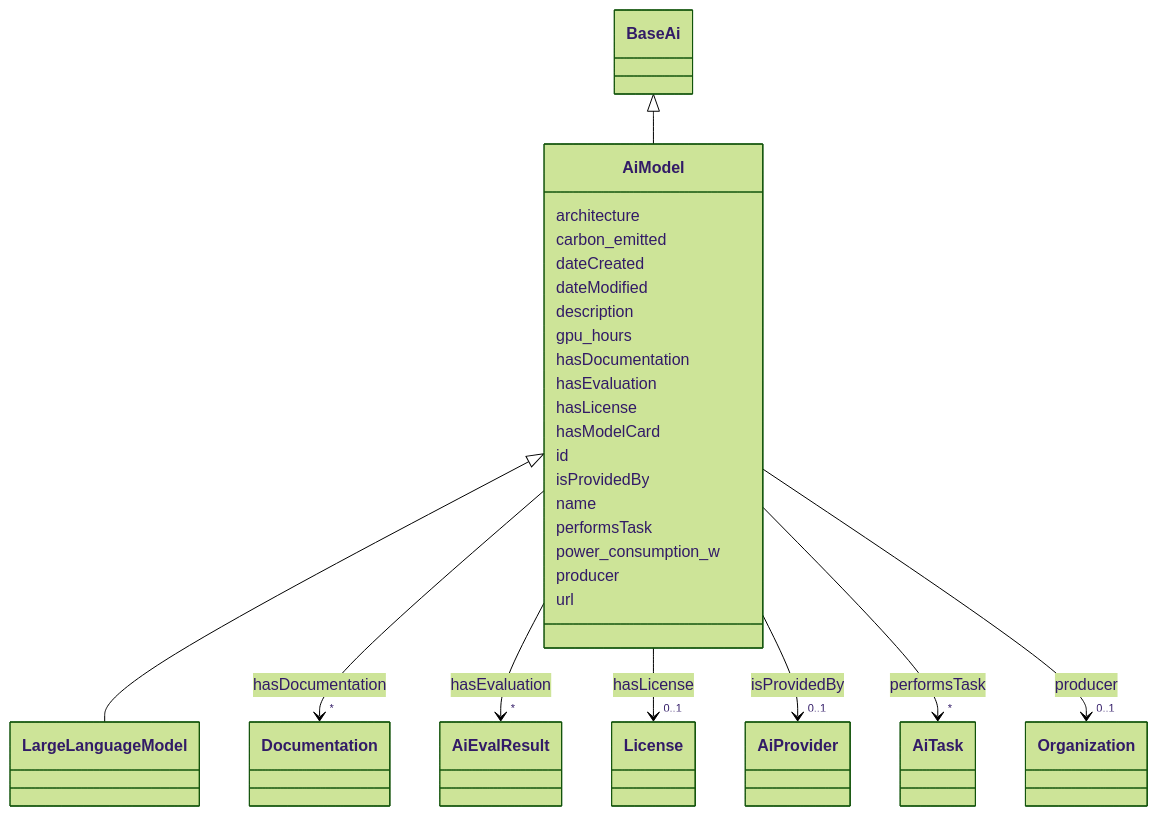
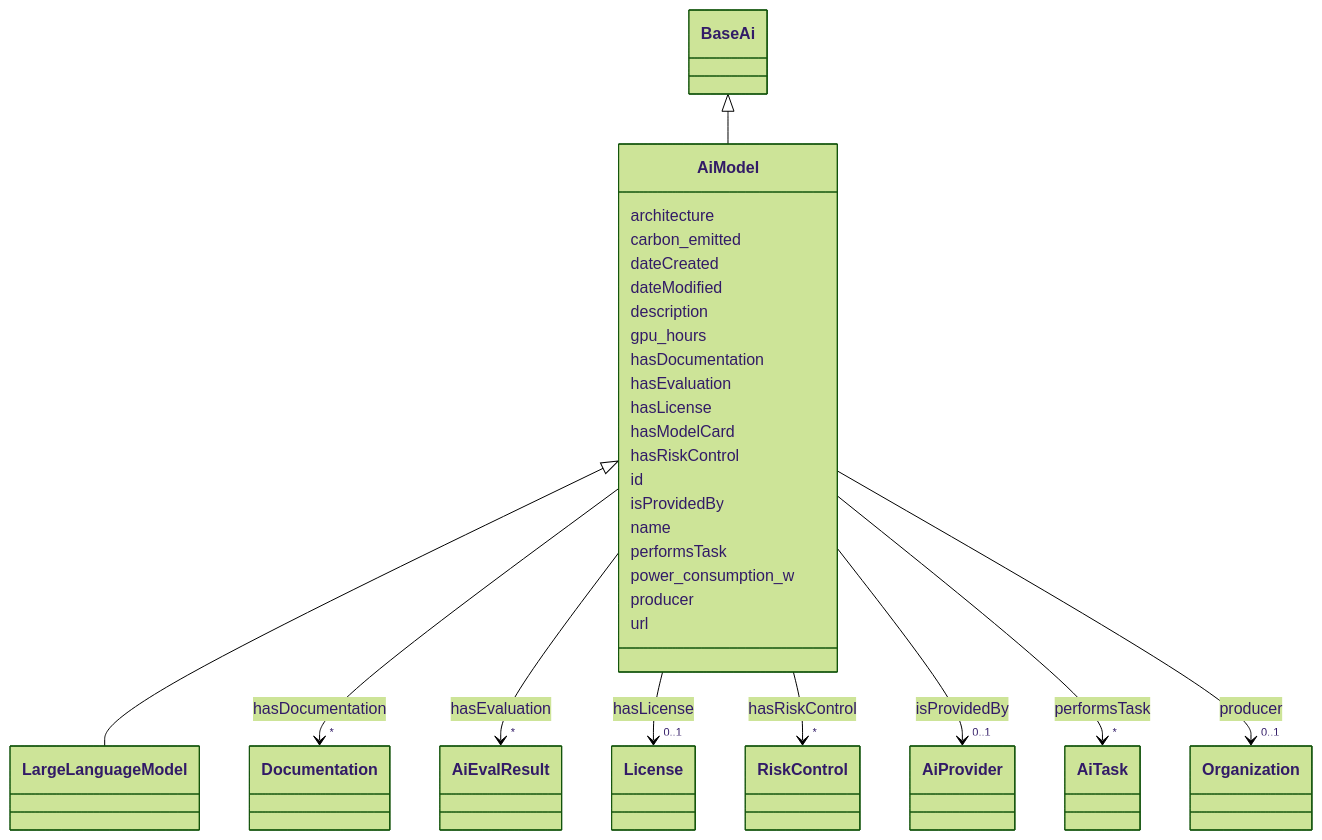
The diagram in docs/ontology/AiModel.md (zrlfba/risk-atlas-nexus), drawn with Mermaid (forest theme) before and after one commit. The commit also changed other lines of this file and 49 other files, not shown here.

```diff
--- a/docs/ontology/AiModel.md
+++ b/docs/ontology/AiModel.md
@@ -69,6 +69,15 @@
         
       AiModel : hasModelCard
         
+      AiModel : hasRiskControl
+        
+          
+    
+    
+    AiModel --> "*" RiskControl : hasRiskControl
+    click RiskControl href "../RiskControl"
+
+        
       AiModel : id
         
       AiModel : isProvidedBy
```
